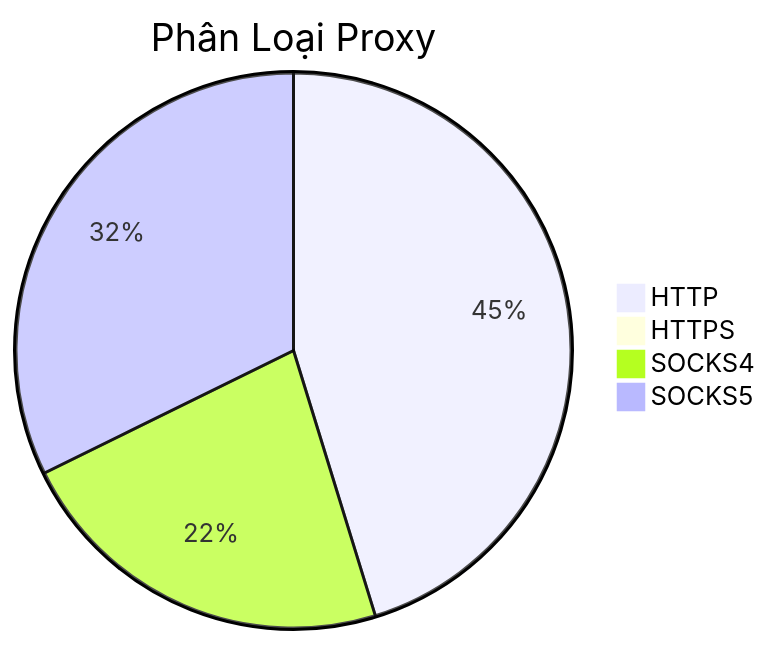
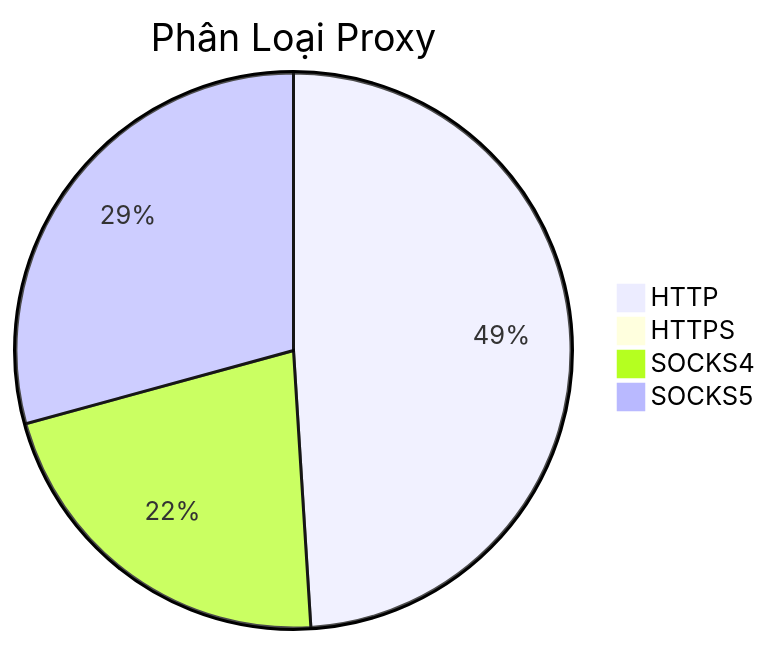
The diagram in README.md (Ciara-12/PROXY-free), drawn with Mermaid before and after one commit. The commit also changed other lines of this file and 3 other files, not shown here.

````diff
--- a/README.md
+++ b/README.md
@@ -26,7 +26,7 @@
 ```mermaid
 pie title Phân Loại Proxy
-    "HTTP" : 513
+    "HTTP" : 516
     "HTTPS" : 0
-    "SOCKS4" : 255
-    "SOCKS5" : 366
+    "SOCKS4" : 229
+    "SOCKS5" : 308
 ```
````
